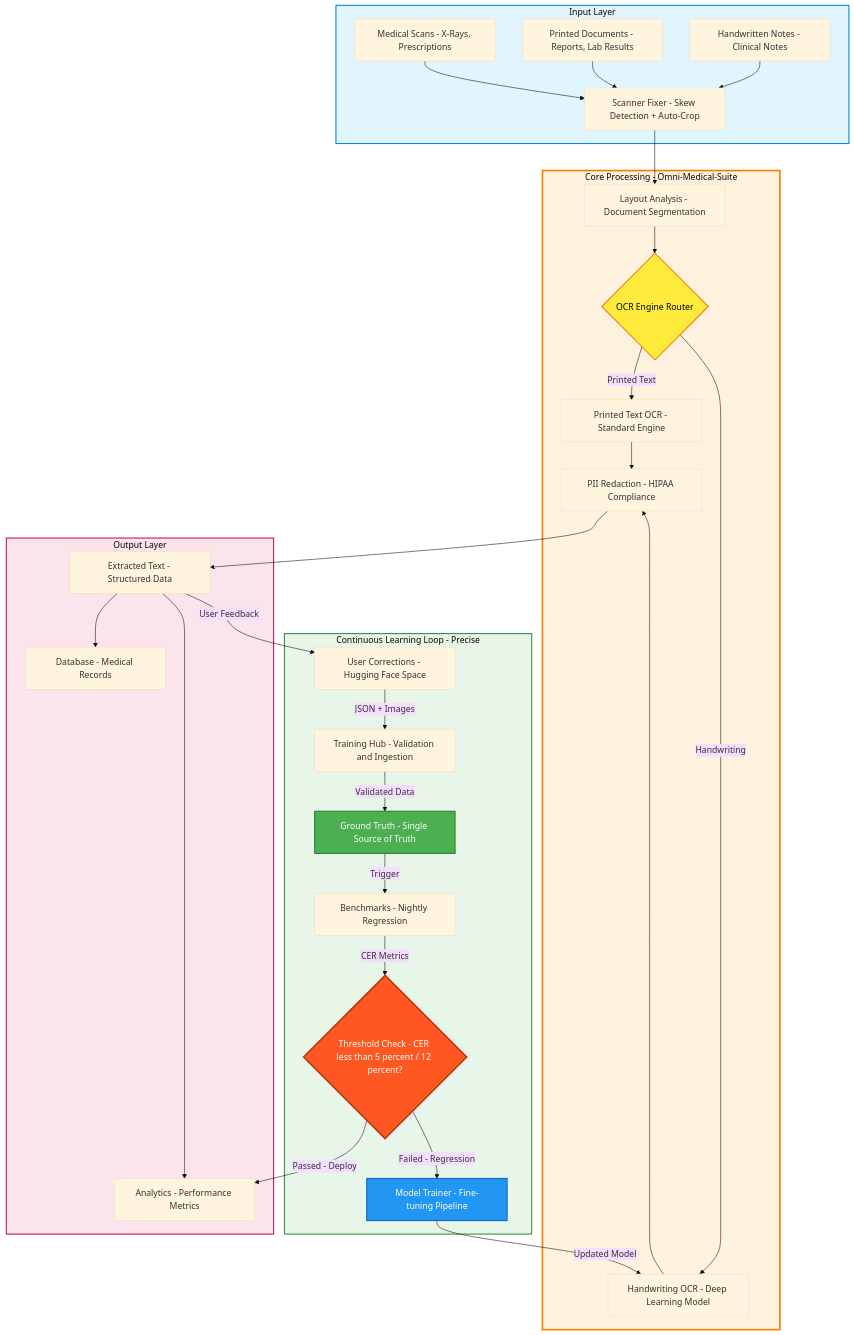
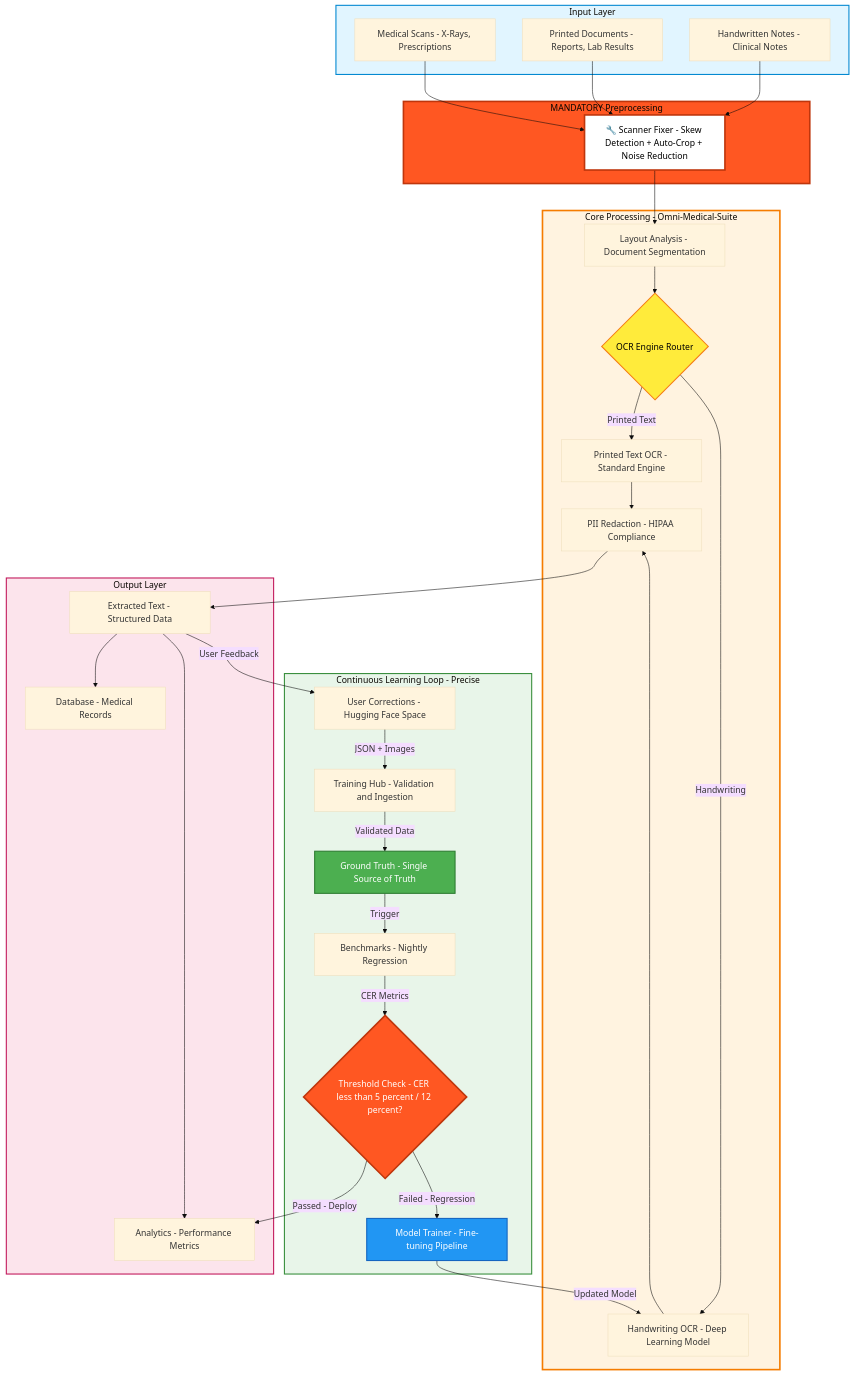
The second of 2 diagrams in README.md (DrAbdulmalek/omni-medical-suite), drawn with Mermaid (base theme) before and after one commit. The commit also changed other lines of this file and 1 other file, not shown here.

Commit message:
docs: scanner-fixer as MANDATORY preprocessing step — added callout, reordered Start Here, updated architecture table

````diff
--- a/README.md
+++ b/README.md
@@ -1129,67 +1134,72 @@
 ```mermaid
 graph TD
     subgraph INPUT["Input Layer"]
         A1["Medical Scans - X-Rays, Prescriptions"]
         A2["Printed Documents - Reports, Lab Results"]
         A3["Handwritten Notes - Clinical Notes"]
-        A0["Scanner Fixer - Skew Detection + Auto-Crop"]
+    end
+
+    subgraph PREPROCESSING["MANDATORY Preprocessing"]
+        A0["🔧 Scanner Fixer - Skew Detection + Auto-Crop + Noise Reduction"]
     end
 
     subgraph CORE["Core Processing - Omni-Medical-Suite"]
         B1["Layout Analysis - Document Segmentation"]
         B2{"OCR Engine Router"}
         B3["Printed Text OCR - Standard Engine"]
         B4["Handwriting OCR - Deep Learning Model"]
         B5["PII Redaction - HIPAA Compliance"]
     end
 
     subgraph LEARNING["Continuous Learning Loop - Precise"]
         C1["User Corrections - Hugging Face Space"]
         C2["Training Hub - Validation and Ingestion"]
         C3["Ground Truth - Single Source of Truth"]
         C4["Benchmarks - Nightly Regression"]
         C5{"Threshold Check - CER less than 5 percent / 12 percent?"}
         C6["Model Trainer - Fine-tuning Pipeline"]
     end
 
     subgraph OUTPUT["Output Layer"]
         D1["Extracted Text - Structured Data"]
         D2["Database - Medical Records"]
         D3["Analytics - Performance Metrics"]
     end
 
     A1 --> A0
     A2 --> A0
     A3 --> A0
     A0 --> B1
     B1 --> B2
     
     B2 -->|Printed Text| B3
     B2 -->|Handwriting| B4
     B3 --> B5
     B4 --> B5
 
     B5 --> D1
     D1 --> D2
     D1 --> D3
 
     D1 -->|User Feedback| C1
     C1 -->|JSON + Images| C2
     C2 -->|Validated Data| C3
     C3 -->|Trigger| C4
 
     C4 -->|CER Metrics| C5
     C5 -->|Passed - Deploy| D3
     C5 -->|Failed - Regression| C6
     C6 -->|Updated Model| B4
 
     style INPUT fill:#e1f5ff,stroke:#0288d1,stroke-width:2px
+    style PREPROCESSING fill:#ff5722,stroke:#bf360c,stroke-width:3px
     style CORE fill:#fff3e0,stroke:#f57c00,stroke-width:3px
     style LEARNING fill:#e8f5e9,stroke:#388e3c,stroke-width:2px
     style OUTPUT fill:#fce4ec,stroke:#c2185b,stroke-width:2px
 
+    style A0 fill:#fff,stroke:#bf360c,stroke-width:3px,color:#000
     style B2 fill:#ffeb3b,stroke:#f57f17,stroke-width:2px,color:#000
     style C3 fill:#4caf50,stroke:#2e7d32,stroke-width:2px,color:#fff
     style C5 fill:#ff5722,stroke:#bf360c,stroke-width:3px,color:#fff
     style C6 fill:#2196f3,stroke:#1565c0,stroke-width:2px,color:#fff
 ```
````
